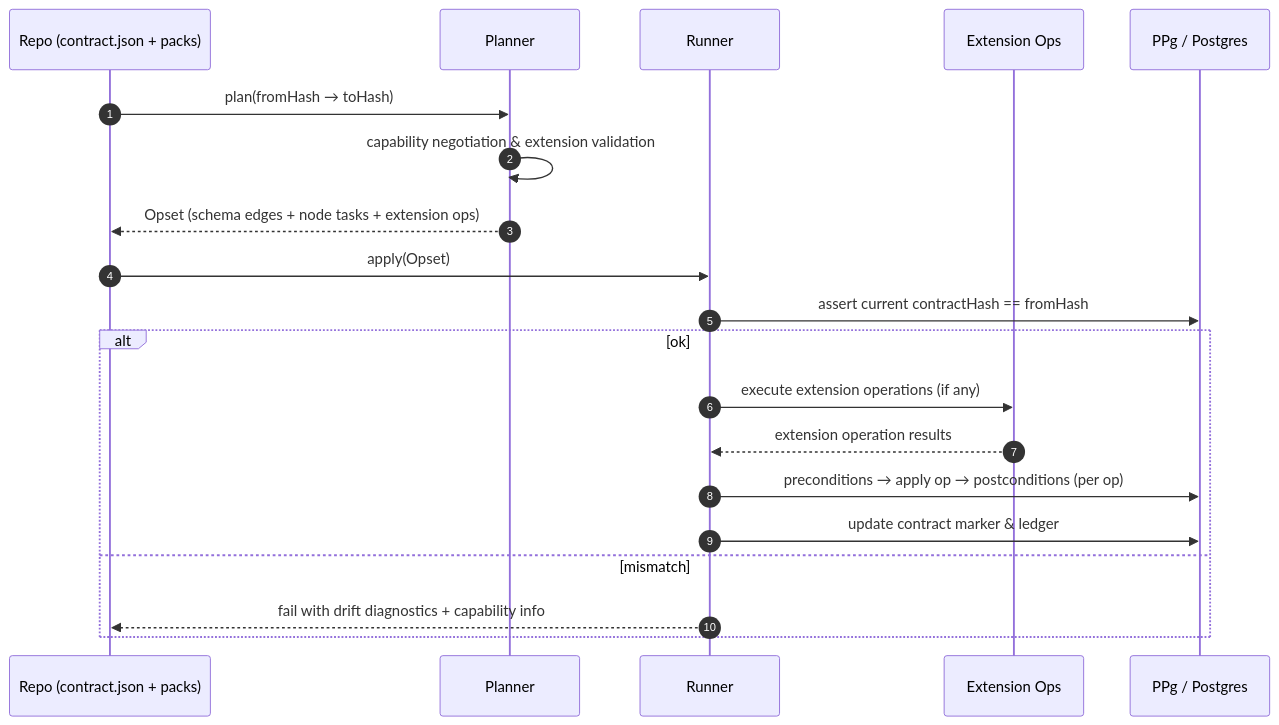
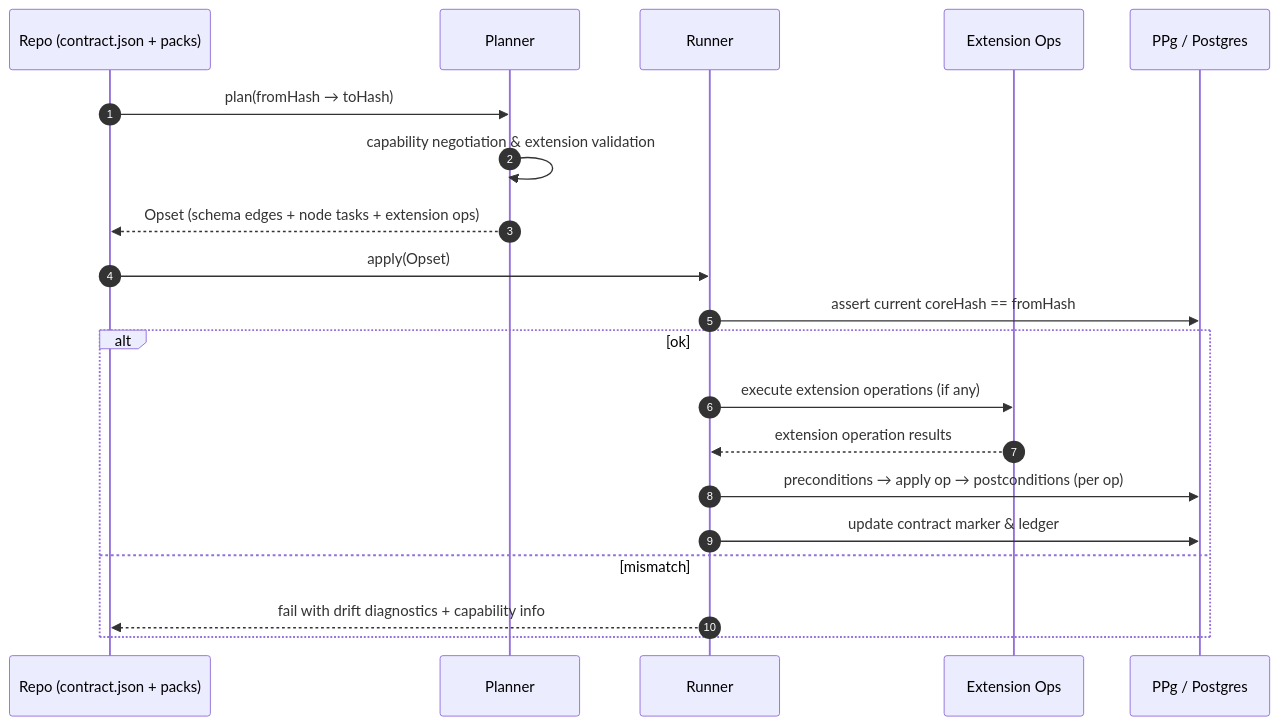
The third of 3 diagrams in docs/Architecture Overview.md (prisma/prisma-next), drawn with Mermaid before and after one commit. The commit also changed other lines of this file and 16 other files, not shown here.

````diff
--- a/docs/Architecture Overview.md
+++ b/docs/Architecture Overview.md
@@ -140,23 +140,23 @@
 ```mermaid
 sequenceDiagram
   autonumber
   participant Repo as Repo (contract.json + packs)
   participant Plan as Planner
   participant Run as Runner
   participant Ext as Extension Ops
   participant DB as PPg / Postgres
 
   Repo->>Plan: plan(fromHash → toHash)
   Plan->>Plan: capability negotiation & extension validation
   Plan-->>Repo: Opset (schema edges + node tasks + extension ops)
   Repo->>Run: apply(Opset)
-  Run->>DB: assert current contractHash == fromHash
+  Run->>DB: assert current coreHash == fromHash
   alt ok
     Run->>Ext: execute extension operations (if any)
     Ext-->>Run: extension operation results
     Run->>DB: preconditions → apply op → postconditions (per op)
     Run->>DB: update contract marker & ledger
   else mismatch
     Run-->>Repo: fail with drift diagnostics + capability info
   end
 ```
````
